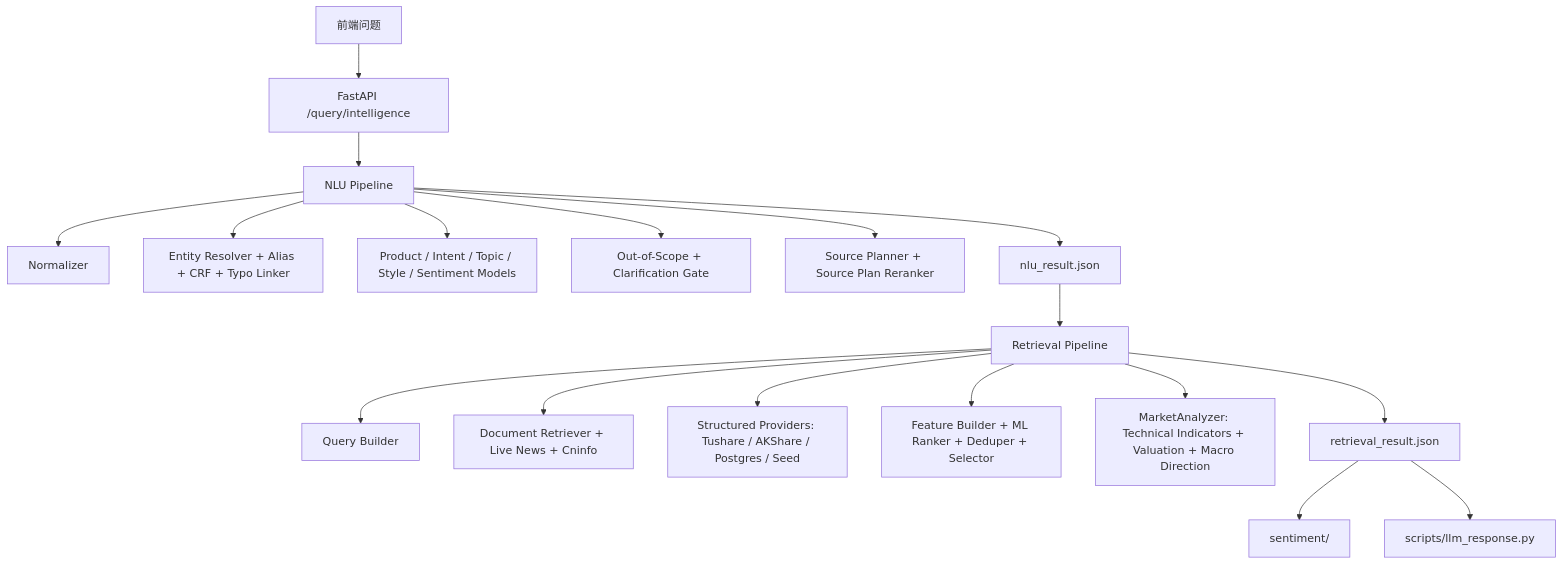
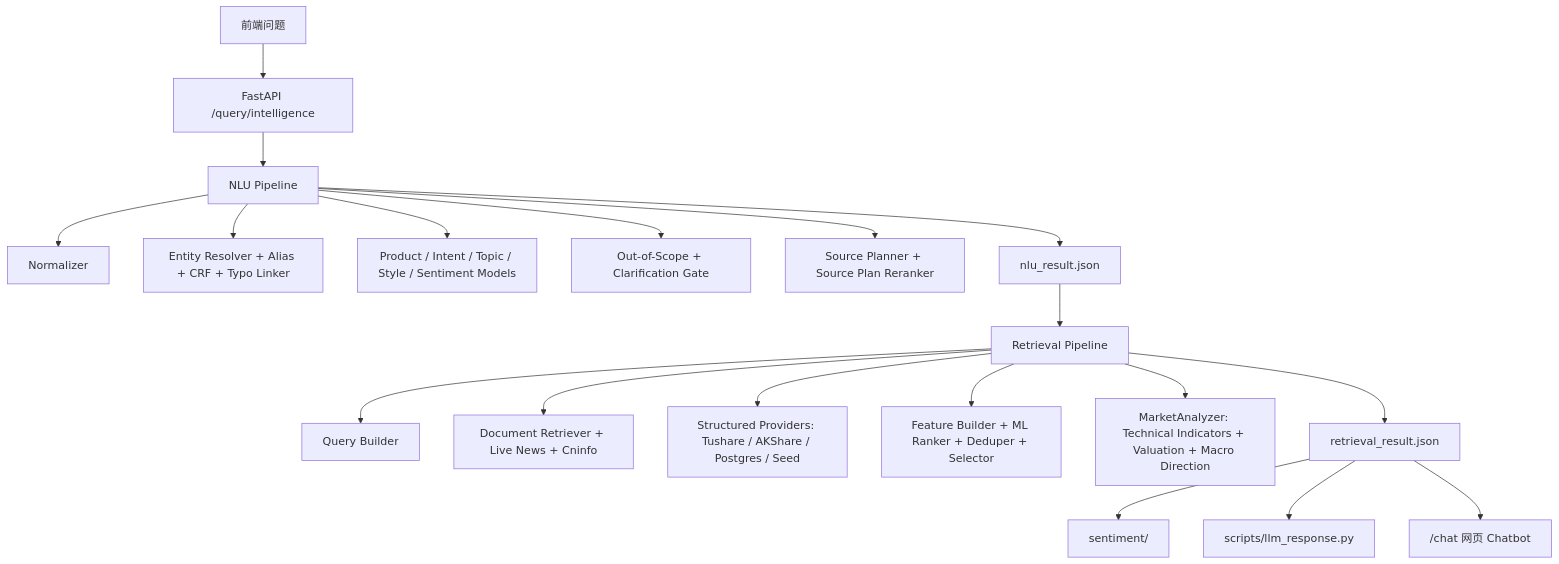
One commit to OldLigant/ARIN7102 changed the diagram in docs/zh/query-intelligence.md. Above: the diagram before and after it, drawn with Mermaid. The commit also changed other lines of this file and 18 other files, not shown here.

````diff
--- a/docs/zh/query-intelligence.md
+++ b/docs/zh/query-intelligence.md
@@ -28,20 +28,21 @@
 ```mermaid
 flowchart TD
   A["前端问题"] --> B["FastAPI /query/intelligence"]
   B --> C["NLU Pipeline"]
   C --> C1["Normalizer"]
   C --> C2["Entity Resolver + Alias + CRF + Typo Linker"]
   C --> C3["Product / Intent / Topic / Style / Sentiment Models"]
   C --> C4["Out-of-Scope + Clarification Gate"]
   C --> C5["Source Planner + Source Plan Reranker"]
   C --> D["nlu_result.json"]
   D --> E["Retrieval Pipeline"]
   E --> E1["Query Builder"]
   E --> E2["Document Retriever + Live News + Cninfo"]
   E --> E3["Structured Providers: Tushare / AKShare / Postgres / Seed"]
   E --> E4["Feature Builder + ML Ranker + Deduper + Selector"]
   E --> E5["MarketAnalyzer: Technical Indicators + Valuation + Macro Direction"]
   E --> F["retrieval_result.json"]
   F --> G["sentiment/"]
   F --> H["scripts/llm_response.py"]
+  F --> I["/chat 网页 Chatbot"]
 ```
````
